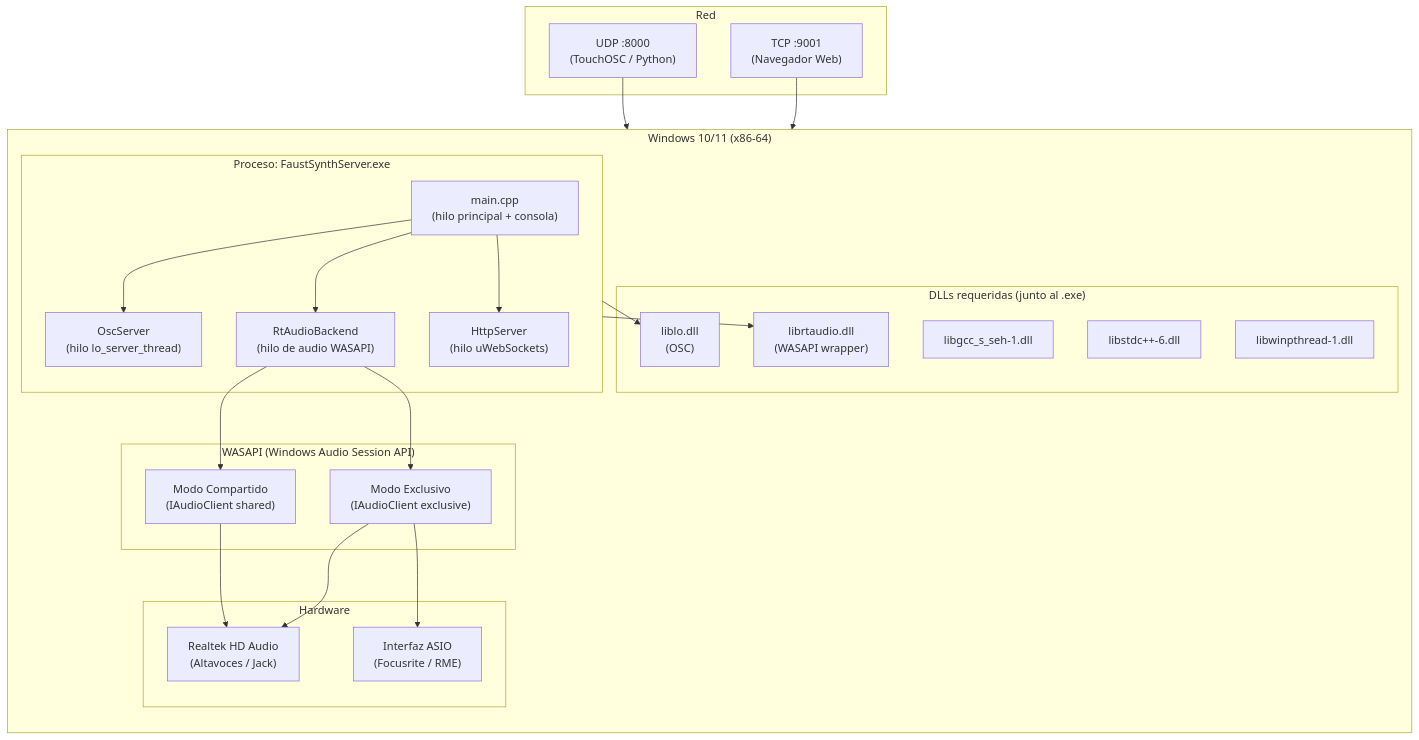
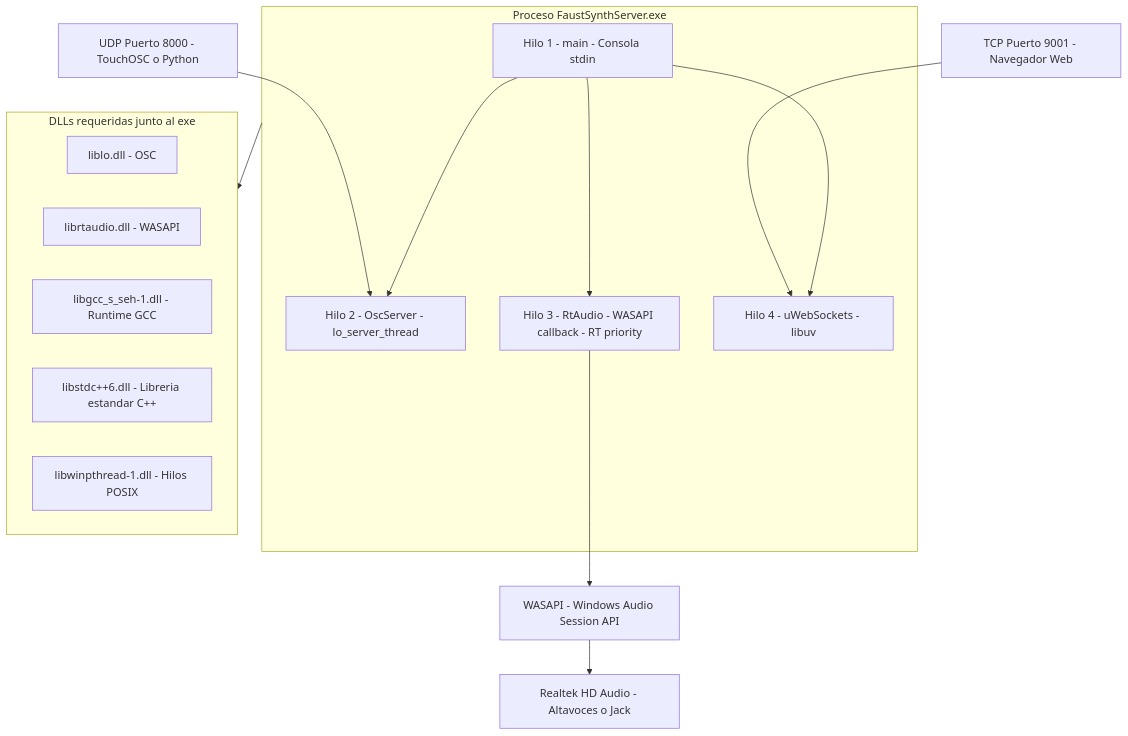
One commit to Zann181/sintetizador changed the eighth of 12 diagrams in README.md. Above: the diagram before and after it, drawn with Mermaid. The commit also changed other lines of this file, not shown here.

````diff
--- a/README.md
+++ b/README.md
@@ -671,50 +1249,32 @@
 ```mermaid
-graph TB
-    subgraph WIN["Windows 10/11 (x86-64)"]
-        direction TB
+graph TD
+    UDP_IN["UDP Puerto 8000 - TouchOSC o Python"]
+    WS_IN["TCP Puerto 9001 - Navegador Web"]
 
-        subgraph PROC["Proceso: FaustSynthServer.exe"]
-            MAIN_WIN["main.cpp\n(hilo principal + consola)"]
-            OSC_WIN["OscServer\n(hilo lo_server_thread)"]
-            AUDIO_WIN["RtAudioBackend\n(hilo de audio WASAPI)"]
-            WS_WIN["HttpServer\n(hilo uWebSockets)"]
-        end
-
-        subgraph DLLS["DLLs requeridas (junto al .exe)"]
-            LO_DLL["liblo.dll\n(OSC)"]
-            RT_DLL["librtaudio.dll\n(WASAPI wrapper)"]
-            GCC_DLL["libgcc_s_seh-1.dll"]
-            STD_DLL["libstdc++-6.dll"]
-            PT_DLL["libwinpthread-1.dll"]
-        end
-
-        subgraph WASAPI["WASAPI (Windows Audio Session API)"]
-            WASAPI_EX["Modo Exclusivo\n(IAudioClient exclusive)"]
-            WASAPI_SH["Modo Compartido\n(IAudioClient shared)"]
-        end
-
-        subgraph HW_WIN["Hardware"]
-            REALTEK["Realtek HD Audio\n(Altavoces / Jack)"]
-            ASIO_IF["Interfaz ASIO\n(Focusrite / RME)"]
-        end
+    subgraph WIN_PROC["Proceso FaustSynthServer.exe"]
+        MAIN_T["Hilo 1 - main - Consola stdin"]
+        OSC_T["Hilo 2 - OscServer - lo_server_thread"]
+        AUDIO_T["Hilo 3 - RtAudio - WASAPI callback - RT priority"]
+        WS_T["Hilo 4 - uWebSockets - libuv"]
     end
 
-    subgraph NET_WIN["Red"]
-        UDP_WIN["UDP :8000\n(TouchOSC / Python)"]
-        WS_WIN2["TCP :9001\n(Navegador Web)"]
+    subgraph WIN_DLLS["DLLs requeridas junto al exe"]
+        DLL_LO["liblo.dll - OSC"]
+        DLL_RT["librtaudio.dll - WASAPI"]
+        DLL_GCC["libgcc_s_seh-1.dll - Runtime GCC"]
+        DLL_STD["libstdc++6.dll - Libreria estandar C++"]
+        DLL_PT["libwinpthread-1.dll - Hilos POSIX"]
     end
 
-    MAIN_WIN --> OSC_WIN
-    MAIN_WIN --> AUDIO_WIN
-    MAIN_WIN --> WS_WIN
-    AUDIO_WIN --> WASAPI_EX
-    AUDIO_WIN --> WASAPI_SH
-    WASAPI_EX --> REALTEK
-    WASAPI_SH --> REALTEK
-    WASAPI_EX --> ASIO_IF
+    WASAPI["WASAPI - Windows Audio Session API"]
+    REALTEK["Realtek HD Audio - Altavoces o Jack"]
 
-    UDP_WIN --> OSC_WIN
-    WS_WIN2 --> WS_WIN
-    PROC --> LO_DLL
-    PROC --> RT_DLL
+    UDP_IN --> OSC_T
+    WS_IN --> WS_T
+    MAIN_T --> OSC_T
+    MAIN_T --> AUDIO_T
+    MAIN_T --> WS_T
+    AUDIO_T --> WASAPI
+    WASAPI --> REALTEK
+    WIN_PROC --> WIN_DLLS
 ```
````
